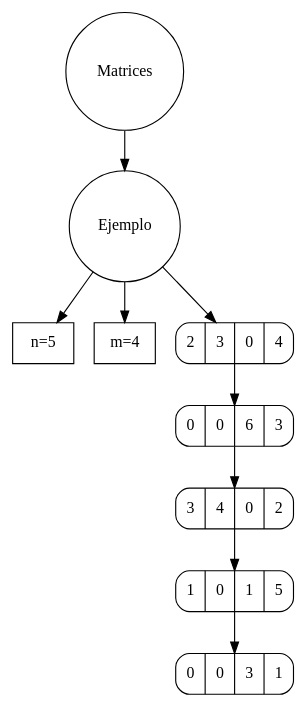
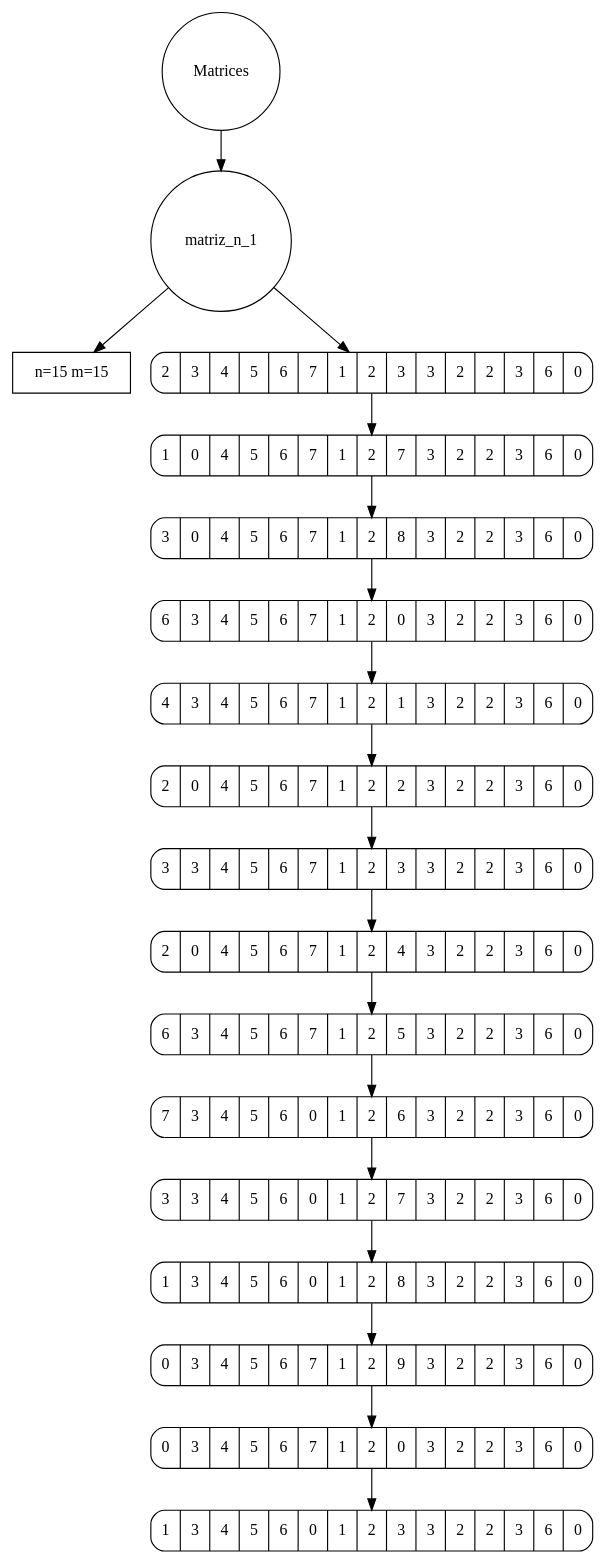
Before and after one commit to jeach27/IPC2_Proyecto1_201903873: the diagram in grafo.dot, drawn with Graphviz. The commit also changed 5 other files, not shown here.

```diff
--- a/grafo.dot
+++ b/grafo.dot
@@ -1,19 +1,37 @@
 digraph G{
 A[label="Matrices", shape="circle"]
-<lista.Nodo object at 0x0000021CFFD5DAF0>[label="Ejemplo",shape="circle"]
-5[label="n=5",shape="box"]
-4[label="m=4",shape="box"]
-045[label="{ { 2 | 3 | 0 | 4 } }",shape="Mrecord"]
-145[label="{ { 0 | 0 | 6 | 3 } }",shape="Mrecord"]
-245[label="{ { 3 | 4 | 0 | 2 } }",shape="Mrecord"]
-345[label="{ { 1 | 0 | 1 | 5 } }",shape="Mrecord"]
-445[label="{ { 0 | 0 | 3 | 1 } }",shape="Mrecord"]
-A-><lista.Nodo object at 0x0000021CFFD5DAF0>
-<lista.Nodo object at 0x0000021CFFD5DAF0>->5
-<lista.Nodo object at 0x0000021CFFD5DAF0>->4
-<lista.Nodo object at 0x0000021CFFD5DAF0>->045
-045->145
-145->245
-245->345
-345->445
+<lista.Nodo object at 0x000002A6D1CE7B20>[label="matriz_n_1",shape="circle"]
+1515[label="n=15 m=15",shape="box"]
+01515[label="{ { 2 | 3 | 4 | 5 | 6 | 7 | 1 | 2 | 3 | 3 | 2 | 2 | 3 | 6 | 0 } }",shape="Mrecord"]
+11515[label="{ { 1 | 0 | 4 | 5 | 6 | 7 | 1 | 2 | 7 | 3 | 2 | 2 | 3 | 6 | 0 } }",shape="Mrecord"]
+21515[label="{ { 3 | 0 | 4 | 5 | 6 | 7 | 1 | 2 | 8 | 3 | 2 | 2 | 3 | 6 | 0 } }",shape="Mrecord"]
+31515[label="{ { 6 | 3 | 4 | 5 | 6 | 7 | 1 | 2 | 0 | 3 | 2 | 2 | 3 | 6 | 0 } }",shape="Mrecord"]
+41515[label="{ { 4 | 3 | 4 | 5 | 6 | 7 | 1 | 2 | 1 | 3 | 2 | 2 | 3 | 6 | 0 } }",shape="Mrecord"]
+51515[label="{ { 2 | 0 | 4 | 5 | 6 | 7 | 1 | 2 | 2 | 3 | 2 | 2 | 3 | 6 | 0 } }",shape="Mrecord"]
+61515[label="{ { 3 | 3 | 4 | 5 | 6 | 7 | 1 | 2 | 3 | 3 | 2 | 2 | 3 | 6 | 0 } }",shape="Mrecord"]
+71515[label="{ { 2 | 0 | 4 | 5 | 6 | 7 | 1 | 2 | 4 | 3 | 2 | 2 | 3 | 6 | 0 } }",shape="Mrecord"]
+81515[label="{ { 6 | 3 | 4 | 5 | 6 | 7 | 1 | 2 | 5 | 3 | 2 | 2 | 3 | 6 | 0 } }",shape="Mrecord"]
+91515[label="{ { 7 | 3 | 4 | 5 | 6 | 0 | 1 | 2 | 6 | 3 | 2 | 2 | 3 | 6 | 0 } }",shape="Mrecord"]
+101515[label="{ { 3 | 3 | 4 | 5 | 6 | 0 | 1 | 2 | 7 | 3 | 2 | 2 | 3 | 6 | 0 } }",shape="Mrecord"]
+111515[label="{ { 1 | 3 | 4 | 5 | 6 | 0 | 1 | 2 | 8 | 3 | 2 | 2 | 3 | 6 | 0 } }",shape="Mrecord"]
+121515[label="{ { 0 | 3 | 4 | 5 | 6 | 7 | 1 | 2 | 9 | 3 | 2 | 2 | 3 | 6 | 0 } }",shape="Mrecord"]
+131515[label="{ { 0 | 3 | 4 | 5 | 6 | 7 | 1 | 2 | 0 | 3 | 2 | 2 | 3 | 6 | 0 } }",shape="Mrecord"]
+141515[label="{ { 1 | 3 | 4 | 5 | 6 | 0 | 1 | 2 | 3 | 3 | 2 | 2 | 3 | 6 | 0 } }",shape="Mrecord"]
+A-><lista.Nodo object at 0x000002A6D1CE7B20>
+<lista.Nodo object at 0x000002A6D1CE7B20>->1515
+<lista.Nodo object at 0x000002A6D1CE7B20>->01515
+01515->11515
+11515->21515
+21515->31515
+31515->41515
+41515->51515
+51515->61515
+61515->71515
+71515->81515
+81515->91515
+91515->101515
+101515->111515
+111515->121515
+121515->131515
+131515->141515
 }
```
